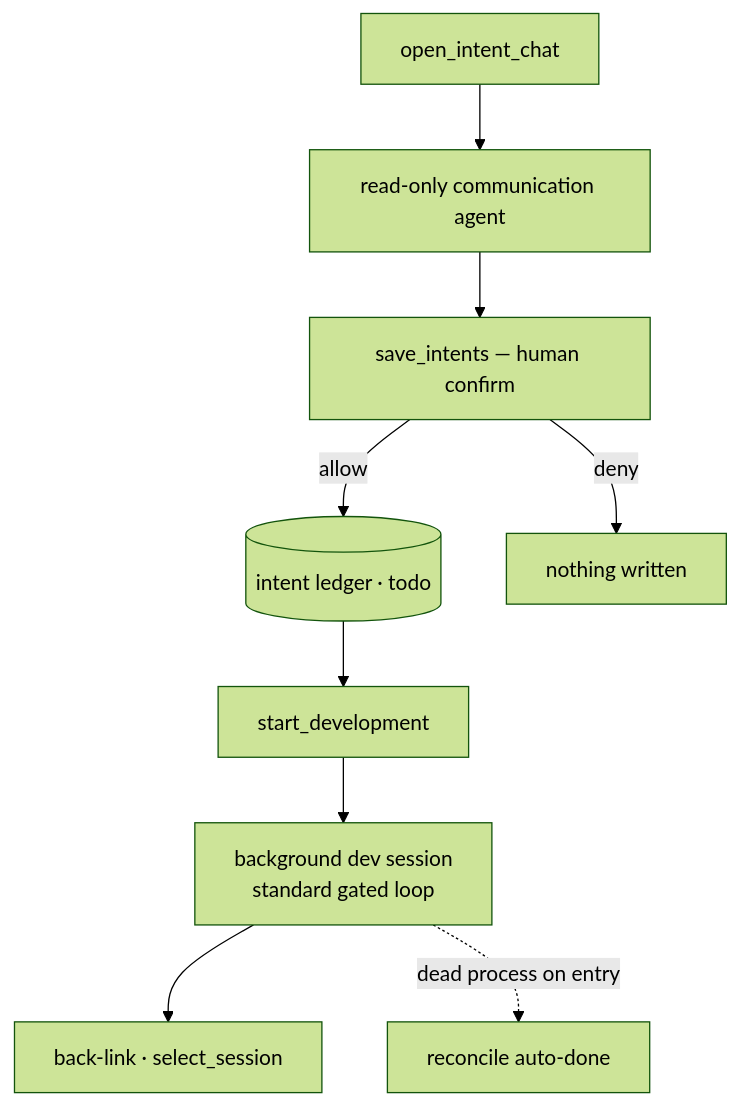
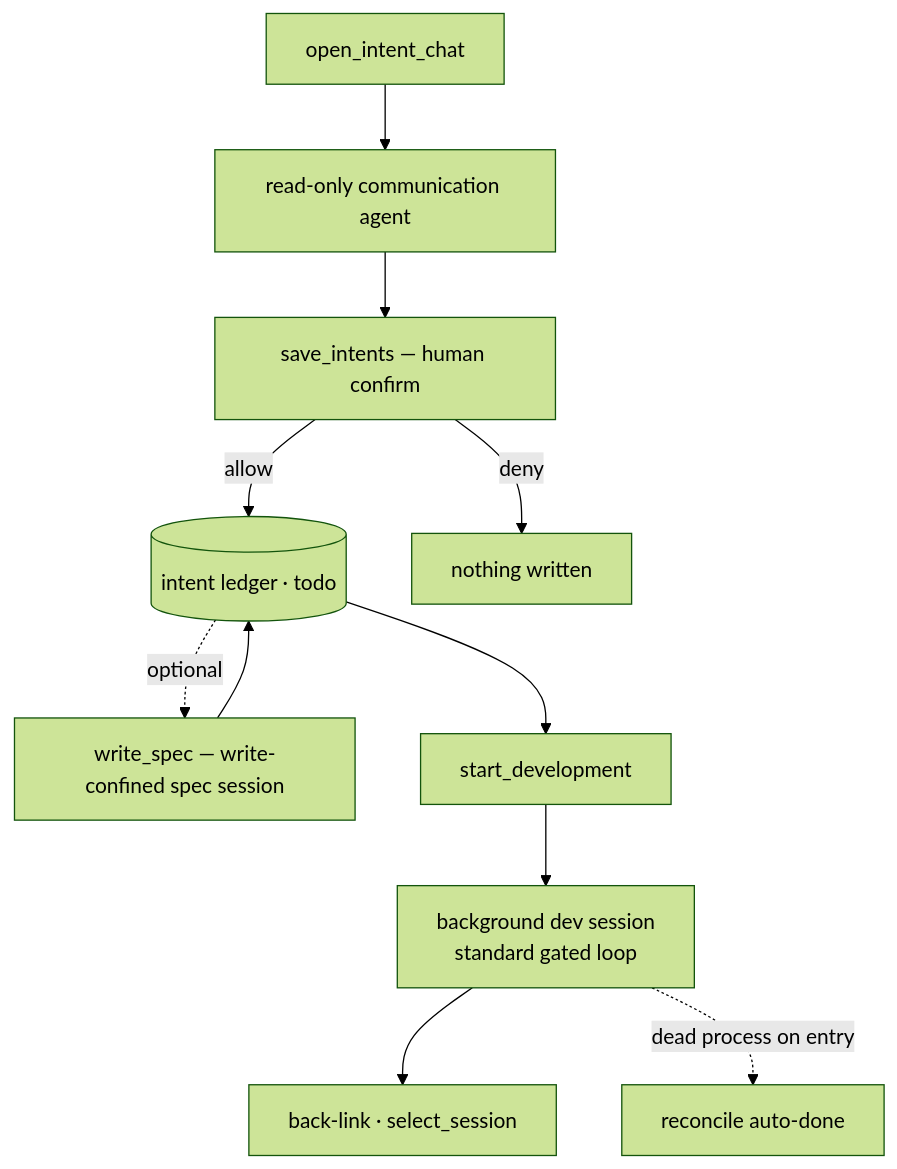
The diagram in specs/flows/flow-intent-to-development.md (sequencestream/c3), drawn with Mermaid (forest theme) before and after one commit. The commit also changed other lines of this file and 28 other files, not shown here.

Commit message:
feat: Write Spec 后端:目录布局 + 权限收敛 + 启动 spec 会话

````diff
--- a/specs/flows/flow-intent-to-development.md
+++ b/specs/flows/flow-intent-to-development.md
@@ -16,11 +16,13 @@
 ```mermaid
 flowchart TD
     IDEA[open_intent_chat] --> COMM[read-only communication agent]
     COMM --> SAVE[save_intents — human confirm]
     SAVE -- allow --> LEDGER[(intent ledger · todo)]
     SAVE -- deny --> X[nothing written]
+    LEDGER -. optional .-> SPEC[write_spec — write-confined spec session]
+    SPEC --> LEDGER
     LEDGER --> LAUNCH[start_development]
     LAUNCH --> DEV[background dev session<br/>standard gated loop]
     DEV --> LINK[back-link · select_session]
     DEV -. dead process on entry .-> REC[reconcile auto-done]
 ```
````
